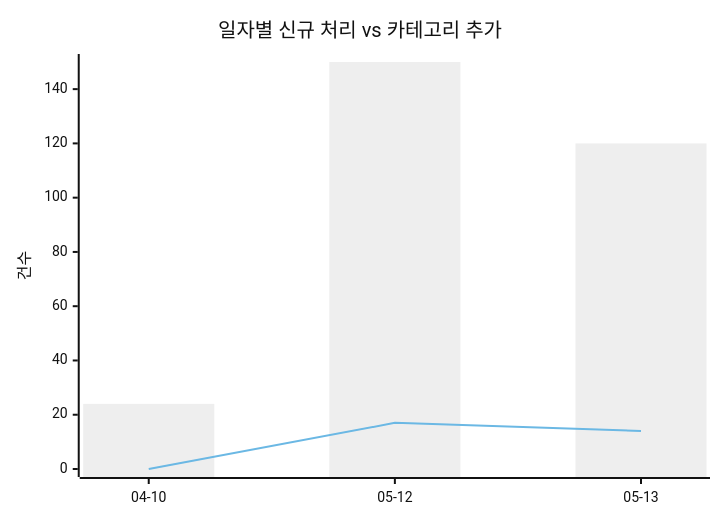
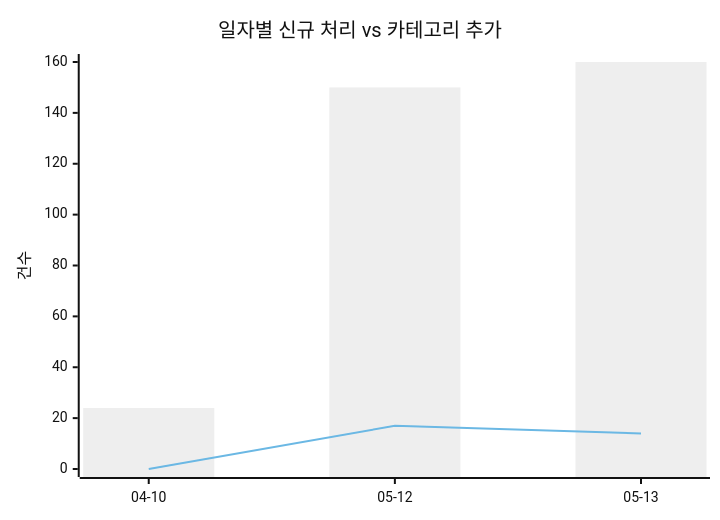
One commit to J-nowcow/awesome-korean-agent-skills changed the first of 2 diagrams in docs/trends.md. Above: the diagram before and after it, drawn with Mermaid (neutral theme). The commit also changed other lines of this file and 2 other files, not shown here.

````diff
--- a/docs/trends.md
+++ b/docs/trends.md
@@ -32,8 +32,8 @@
 ```mermaid
 xychart-beta
     title "일자별 신규 처리 vs 카테고리 추가"
     x-axis ["04-10","05-12","05-13"]
     y-axis "건수"
-    bar [24,150,120]
+    bar [24,150,160]
     line [0,17,14]
 ```
````
